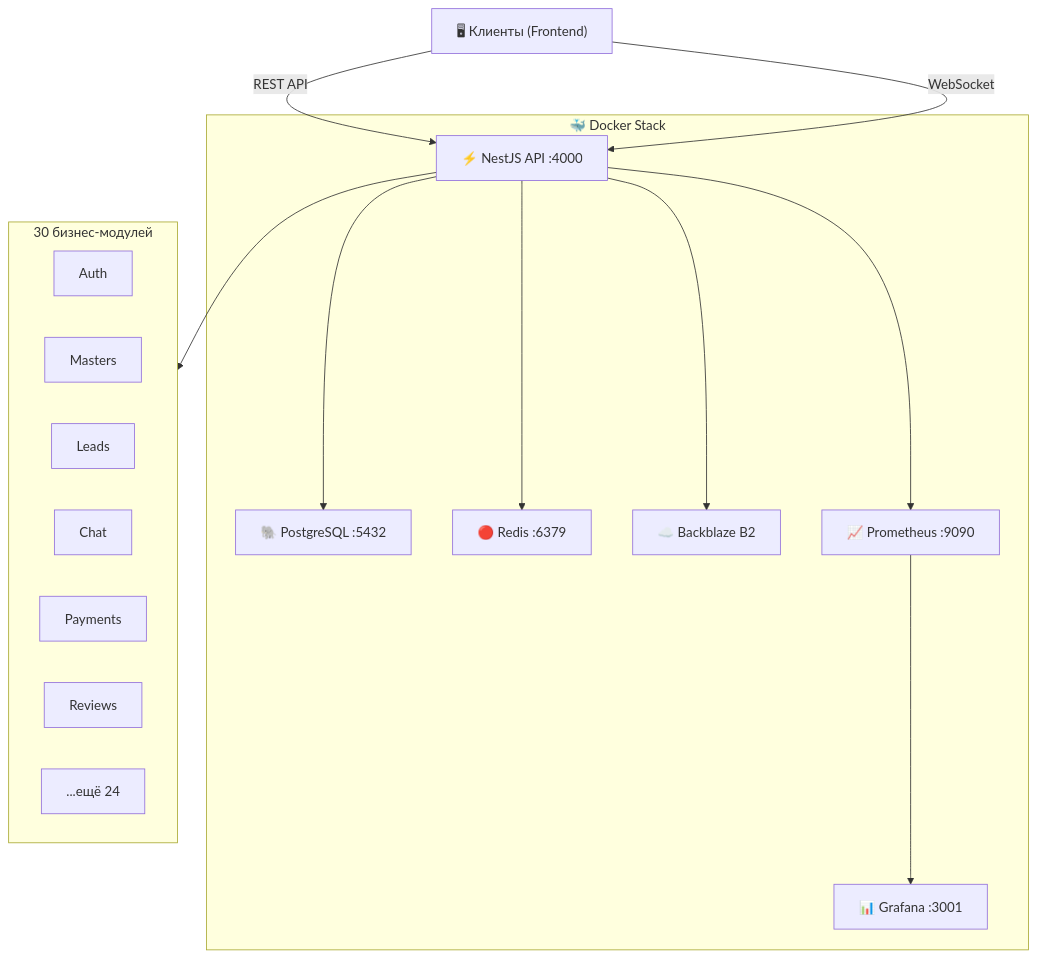
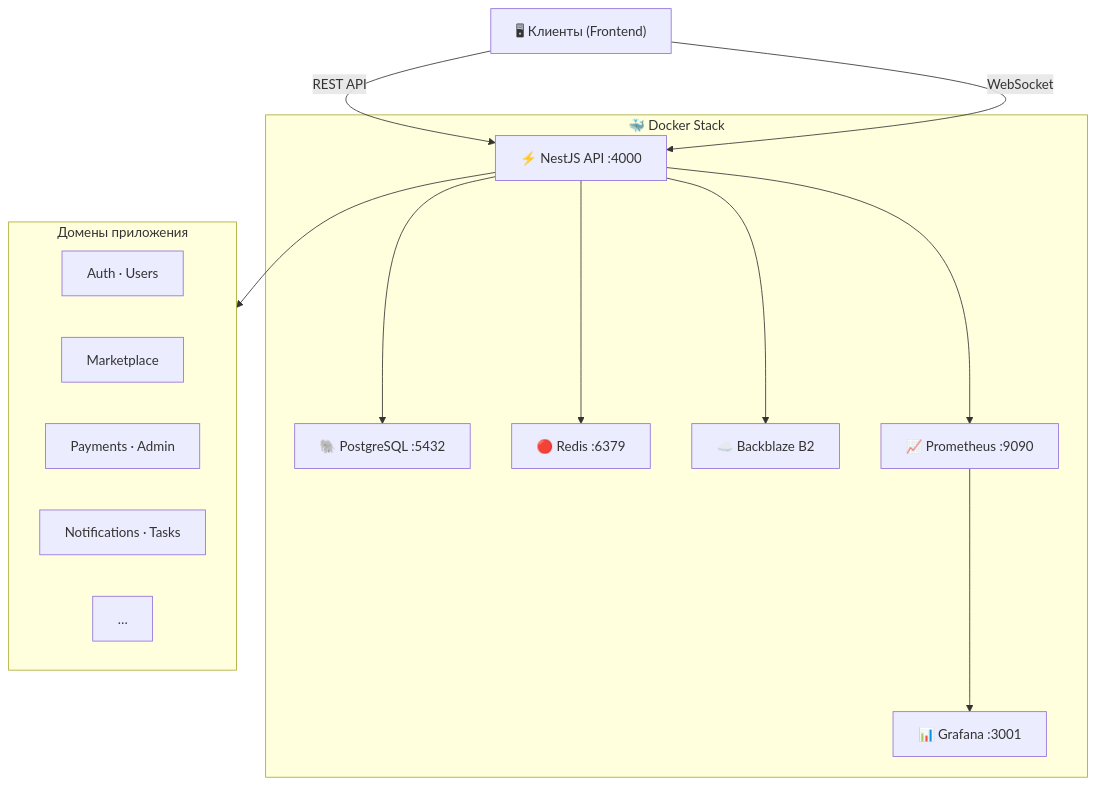
The diagram in README.md (1GoodCod1/api-master), drawn with Mermaid before and after one commit. The commit also changed other lines of this file and 11 other files, not shown here.

````diff
--- a/README.md
+++ b/README.md
@@ -47,35 +49,33 @@
 ```mermaid
 graph TB
     Client["🖥 Клиенты (Frontend)"]
 
     Client -->|REST API| API
     Client -->|WebSocket| API
 
     subgraph Docker["🐳 Docker Stack"]
         API["⚡ NestJS API :4000"]
         PG["🐘 PostgreSQL :5432"]
         RD["🔴 Redis :6379"]
         S3["☁️ Backblaze B2"]
         PROM["📈 Prometheus :9090"]
         GRAF["📊 Grafana :3001"]
     end
 
     API --> PG
     API --> RD
     API --> S3
     API --> PROM
     PROM --> GRAF
 
-    subgraph Modules["30 бизнес-модулей"]
+    subgraph Domains["Домены приложения"]
         direction LR
-        M1["Auth"]
-        M2["Masters"]
-        M3["Leads"]
-        M4["Chat"]
-        M5["Payments"]
-        M6["Reviews"]
-        M7["...ещё 24"]
+        M1["Auth · Users"]
+        M2["Marketplace"]
+        M3["Payments · Admin"]
+        M4["Notifications · Tasks"]
+        M5["…"]
     end
 
-    API --> Modules
+    API --> Domains
 ```
````
